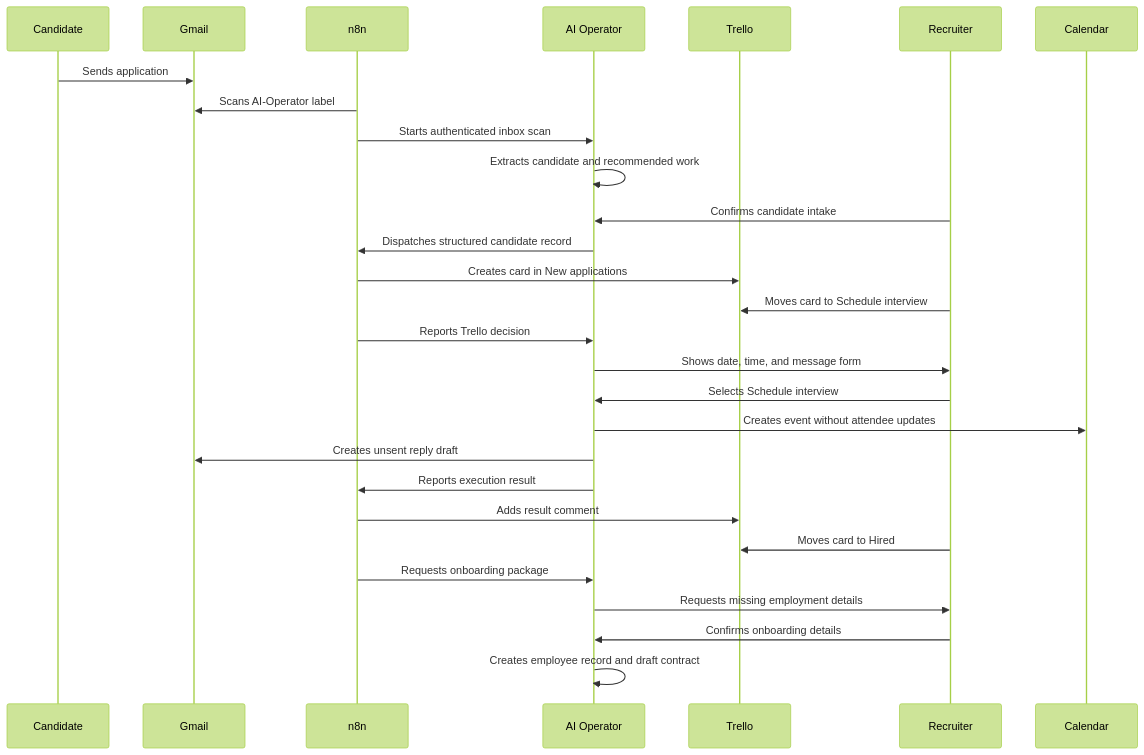
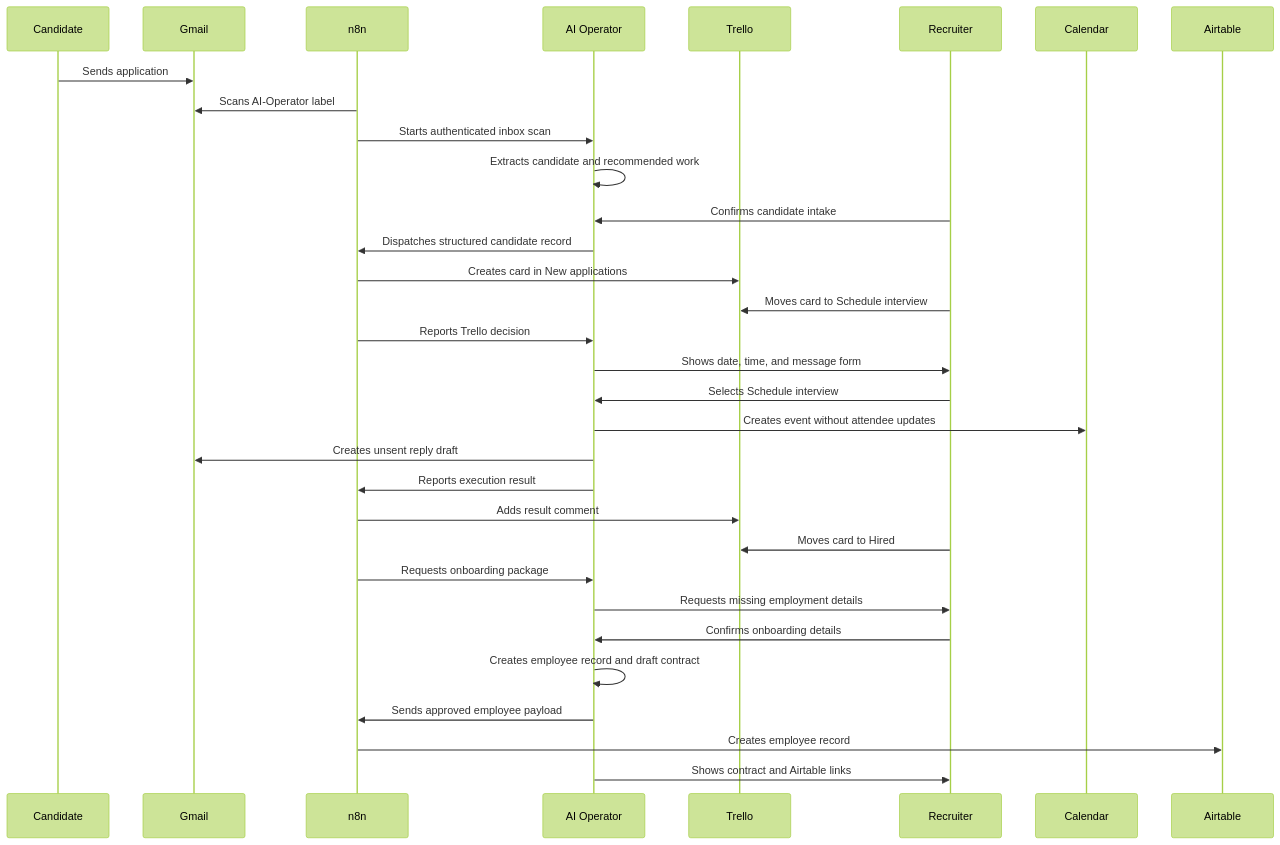
Before and after one commit to itqaanconsulting/ai-operator: the diagram in docs/recruitment-demo.md, drawn with Mermaid (forest theme). The commit also changed other lines of this file and 14 other files, not shown here.

````diff
--- a/docs/recruitment-demo.md
+++ b/docs/recruitment-demo.md
@@ -21,31 +23,35 @@
 ```mermaid
 sequenceDiagram
     participant Candidate
     participant Gmail
     participant n8n
     participant AI as AI Operator
     participant Trello
     participant Recruiter
     participant Calendar
+    participant Airtable
 
     Candidate->>Gmail: Sends application
     n8n->>Gmail: Scans AI-Operator label
     n8n->>AI: Starts authenticated inbox scan
     AI->>AI: Extracts candidate and recommended work
     Recruiter->>AI: Confirms candidate intake
     AI->>n8n: Dispatches structured candidate record
     n8n->>Trello: Creates card in New applications
     Recruiter->>Trello: Moves card to Schedule interview
     n8n->>AI: Reports Trello decision
     AI->>Recruiter: Shows date, time, and message form
     Recruiter->>AI: Selects Schedule interview
     AI->>Calendar: Creates event without attendee updates
     AI->>Gmail: Creates unsent reply draft
     AI->>n8n: Reports execution result
     n8n->>Trello: Adds result comment
     Recruiter->>Trello: Moves card to Hired
     n8n->>AI: Requests onboarding package
     AI->>Recruiter: Requests missing employment details
     Recruiter->>AI: Confirms onboarding details
     AI->>AI: Creates employee record and draft contract
+    AI->>n8n: Sends approved employee payload
+    n8n->>Airtable: Creates employee record
+    AI->>Recruiter: Shows contract and Airtable links
 ```
````
